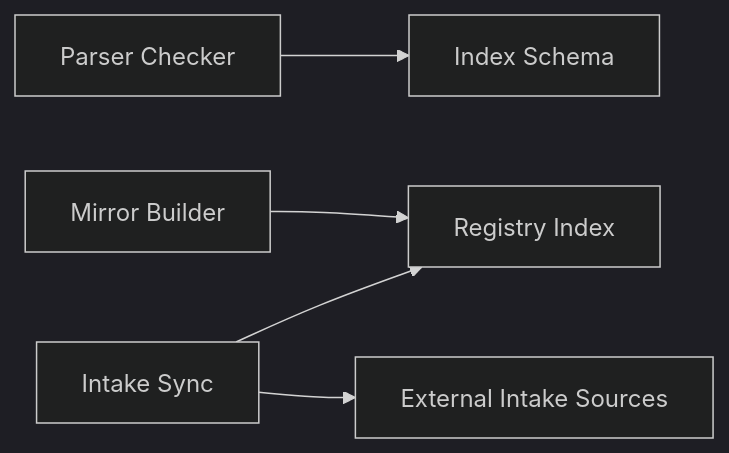
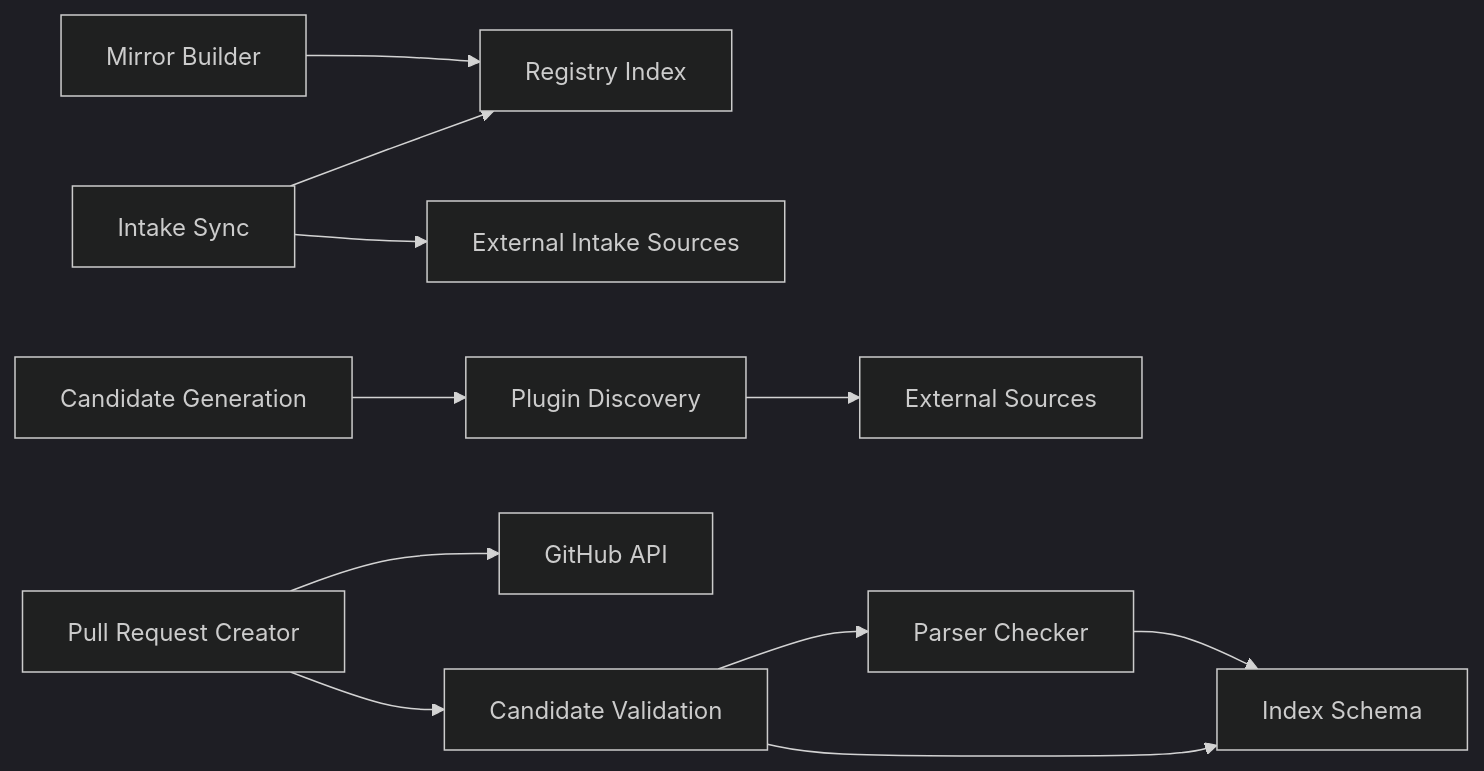
One commit to tonythethompson/numan-registry changed the tenth of 10 diagrams in .qoder/repowiki/en/content/Tools and Utilities.md. Above: the diagram before and after it, drawn with Mermaid (dark theme). The commit also changed other lines of this file and 37 other files, not shown here.

Commit message:
Add CLAUDE.md, expand backlog schema, update docs

````diff
--- a/.qoder/repowiki/en/content/Tools and Utilities.md
+++ b/.qoder/repowiki/en/content/Tools and Utilities.md
@@ -258,7 +500,13 @@
 ```mermaid
 graph LR
 Parser["Parser Checker"] --> Schema["Index Schema"]
 Mirror["Mirror Builder"] --> Index["Registry Index"]
 Intake["Intake Sync"] --> Index
 Intake --> External["External Intake Sources"]
+Discover["Plugin Discovery"] --> Sources["External Sources"]
+GenCandidate["Candidate Generation"] --> Discover
+ValidateCandidate["Candidate Validation"] --> Parser
+ValidateCandidate --> Schema
+OpenPR["Pull Request Creator"] --> GitHub["GitHub API"]
+OpenPR --> ValidateCandidate
 ```
````
